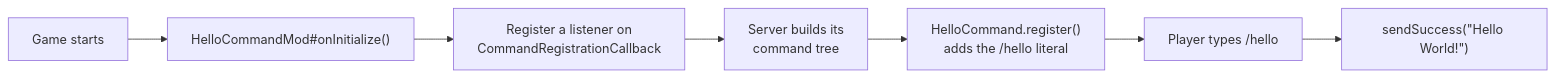
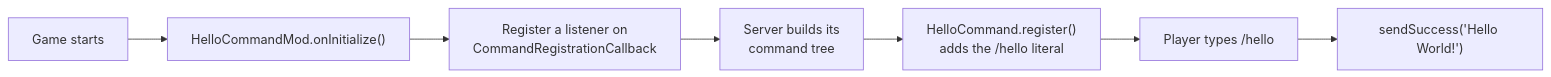
Before and after one commit to larynx-dev/New-Command: the diagram in README.md, drawn with Mermaid.

Commit message:
Fix Mermaid diagram parse error in README

````diff
--- a/README.md
+++ b/README.md
@@ -85,9 +85,9 @@
 ```mermaid
 flowchart LR
-    A[Game starts] --> B["HelloCommandMod#onInitialize()"]
+    A[Game starts] --> B["HelloCommandMod.onInitialize()"]
     B --> C[Register a listener on<br/>CommandRegistrationCallback]
     C --> D[Server builds its<br/>command tree]
     D --> E["HelloCommand.register()<br/>adds the /hello literal"]
     E --> F[Player types /hello]
-    F --> G["sendSuccess(&quot;Hello World!&quot;)"]
+    F --> G["sendSuccess('Hello World!')"]
 ```
````
